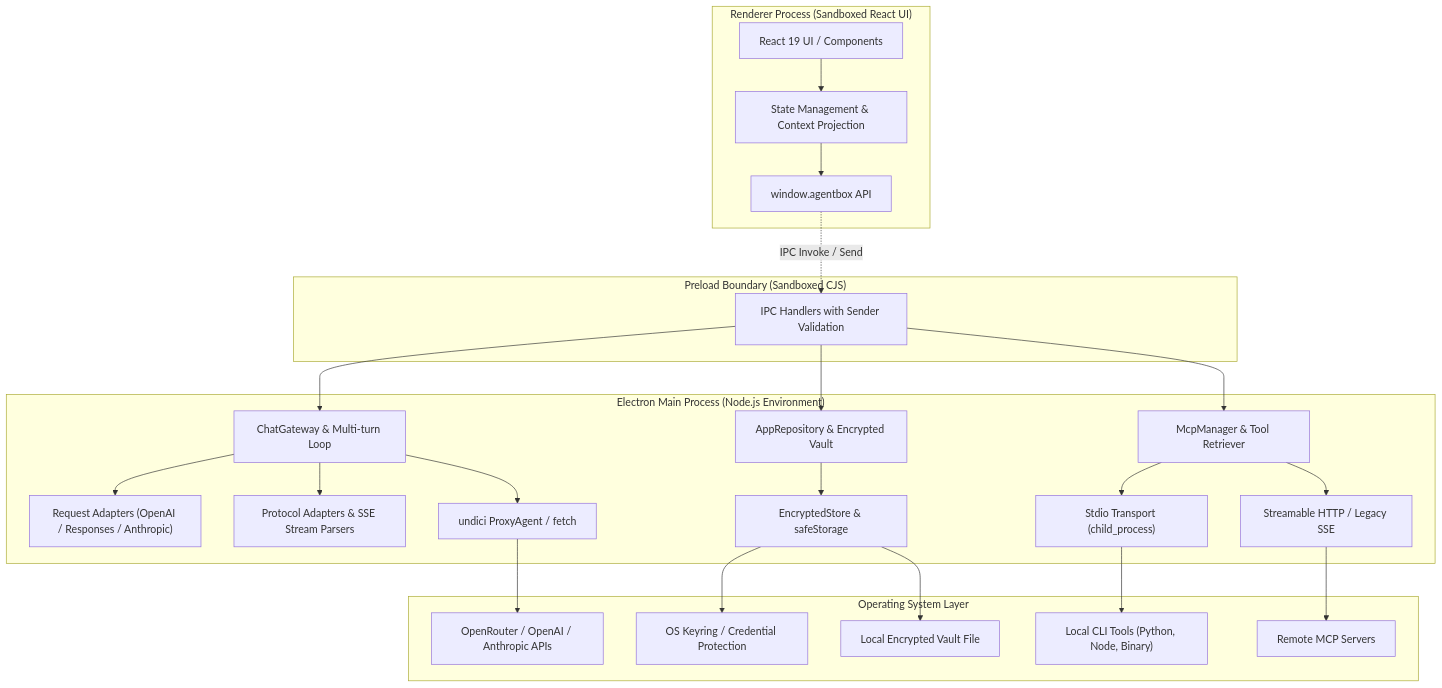
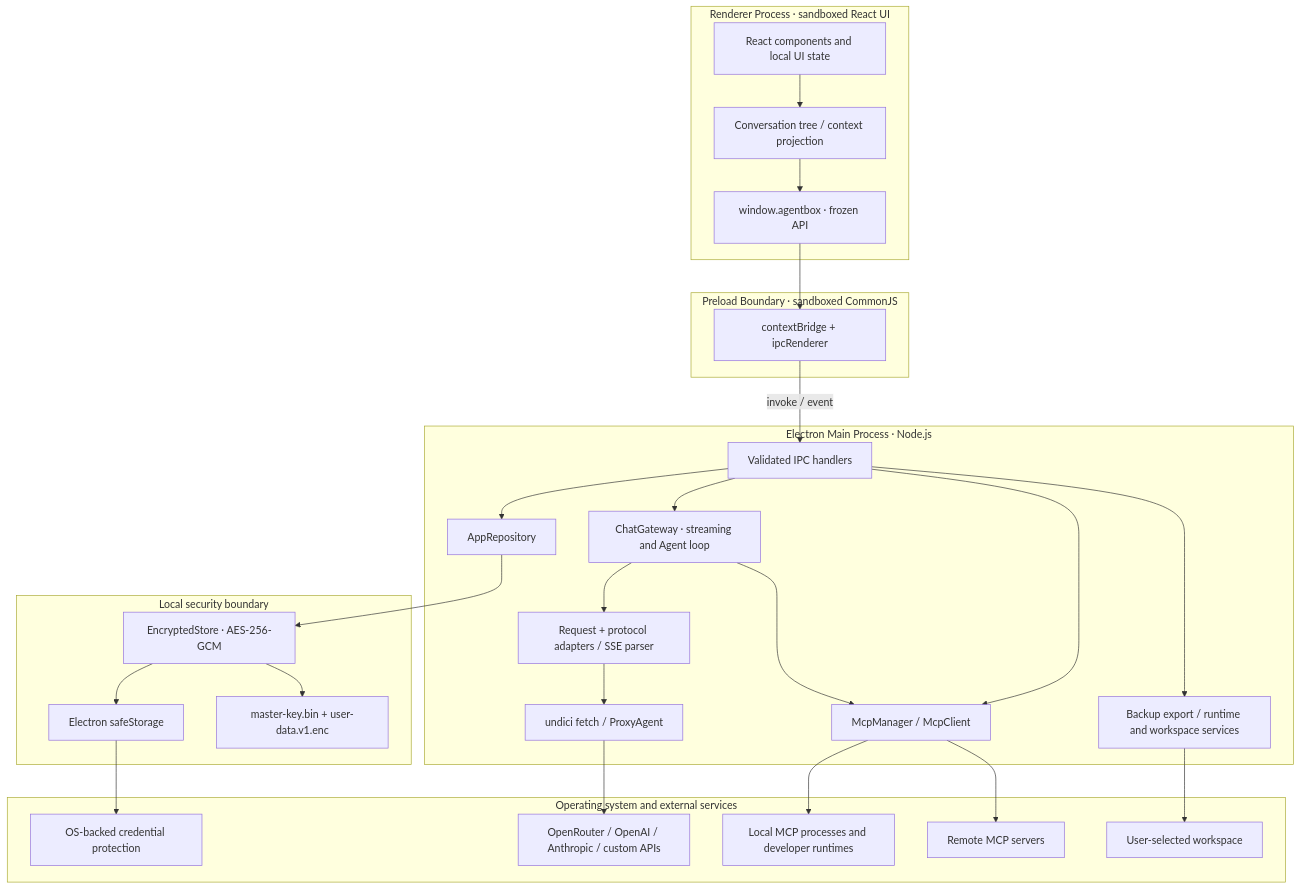
The diagram in docs/architecture.md (ac-1e9plus7/agent-box), drawn with Mermaid before and after one commit. The commit also changed other lines of this file and 39 other files, not shown here.

````diff
--- a/docs/architecture.md
+++ b/docs/architecture.md
@@ -9,37 +11,55 @@
 ```mermaid
 graph TB
-    subgraph Renderer_Process ["Renderer Process (Sandboxed React UI)"]
-        UI["React 19 UI / Components"]
-        State["State Management & Context Projection"]
-        PreloadAPI["window.agentbox API"]
-        UI --> State
-        State --> PreloadAPI
+    subgraph Renderer["Renderer Process · sandboxed React UI"]
+        UI["React components and local UI state"]
+        Projection["Conversation tree / context projection"]
+        PublicAPI["window.agentbox · frozen API"]
+        UI --> Projection --> PublicAPI
     end
 
-    subgraph Preload ["Preload Boundary (Sandboxed CJS)"]
-        PreloadAPI -.->|"IPC Invoke / Send"| IPC_Bridge["IPC Handlers with Sender Validation"]
+    subgraph Preload["Preload Boundary · sandboxed CommonJS"]
+        Bridge["contextBridge + ipcRenderer"]
+        PublicAPI --> Bridge
     end
 
-    subgraph Main_Process ["Electron Main Process (Node.js Environment)"]
-        IPC_Bridge --> Gateway["ChatGateway & Multi-turn Loop"]
-        IPC_Bridge --> Repo["AppRepository & Encrypted Vault"]
-        IPC_Bridge --> McpMgr["McpManager & Tool Retriever"]
+    subgraph Main["Electron Main Process · Node.js"]
+        IPC["Validated IPC handlers"]
+        Gateway["ChatGateway · streaming and Agent loop"]
+        Repository["AppRepository"]
+        MCP["McpManager / McpClient"]
+        Backup["Backup export / runtime and workspace services"]
+        Adapters["Request + protocol adapters / SSE parser"]
+        Network["undici fetch / ProxyAgent"]
 
-        Gateway --> ReqAdapters["Request Adapters (OpenAI / Responses / Anthropic)"]
-        Gateway --> ProtAdapters["Protocol Adapters & SSE Stream Parsers"]
-        Gateway --> ProxyDispatcher["undici ProxyAgent / fetch"]
-
-        McpMgr --> StdioTrans["Stdio Transport (child_process)"]
-        McpMgr --> SseTrans["Streamable HTTP / Legacy SSE"]
-
-        Repo --> EncStore["EncryptedStore & safeStorage"]
+        Bridge -->|"invoke / event"| IPC
+        IPC --> Gateway
+        IPC --> Repository
+        IPC --> MCP
+        IPC --> Backup
+        Gateway --> Adapters --> Network
+        Gateway --> MCP
     end
 
-    subgraph OS_Layer ["Operating System Layer"]
-        EncStore --> CredentialStore["OS Keyring / Credential Protection"]
-        EncStore --> DiskStorage["Local Encrypted Vault File"]
-        StdioTrans --> LocalMCP["Local CLI Tools (Python, Node, Binary)"]
-        ProxyDispatcher --> CloudAPI["OpenRouter / OpenAI / Anthropic APIs"]
-        SseTrans --> RemoteMCP["Remote MCP Servers"]
+    subgraph Storage["Local security boundary"]
+        Store["EncryptedStore · AES-256-GCM"]
+        SafeStorage["Electron safeStorage"]
+        VaultFiles["master-key.bin + user-data.v1.enc"]
+        Repository --> Store
+        Store --> SafeStorage
+        Store --> VaultFiles
+    end
+
+    subgraph External["Operating system and external services"]
+        KeyStore["OS-backed credential protection"]
+        Providers["OpenRouter / OpenAI / Anthropic / custom APIs"]
+        LocalTools["Local MCP processes and developer runtimes"]
+        RemoteMCP["Remote MCP servers"]
+        Workspace["User-selected workspace"]
+
+        SafeStorage --> KeyStore
+        Network --> Providers
+        MCP --> LocalTools
+        MCP --> RemoteMCP
+        Backup --> Workspace
     end
 ```
````
